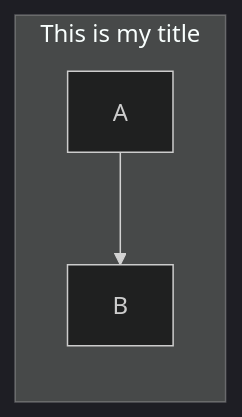
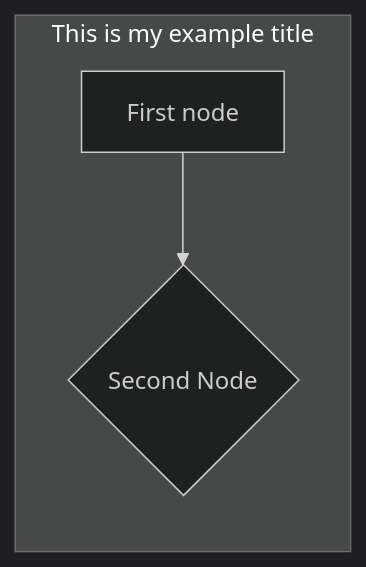
The fifth of 6 diagrams in README.md (PastranaDigital/mermaid-presentation), drawn with Mermaid (dark theme) before and after one commit. The commit also changed other lines of this file and 14 other files, not shown here.

````diff
--- a/README.md
+++ b/README.md
@@ -26,6 +126,8 @@
 ```mermaid
 graph LR
-  subgraph This is my title
-    A --> B
+
+  subgraph This is my example title
+    A[First node] --> B{Second Node}
   end
+
 ```
````
